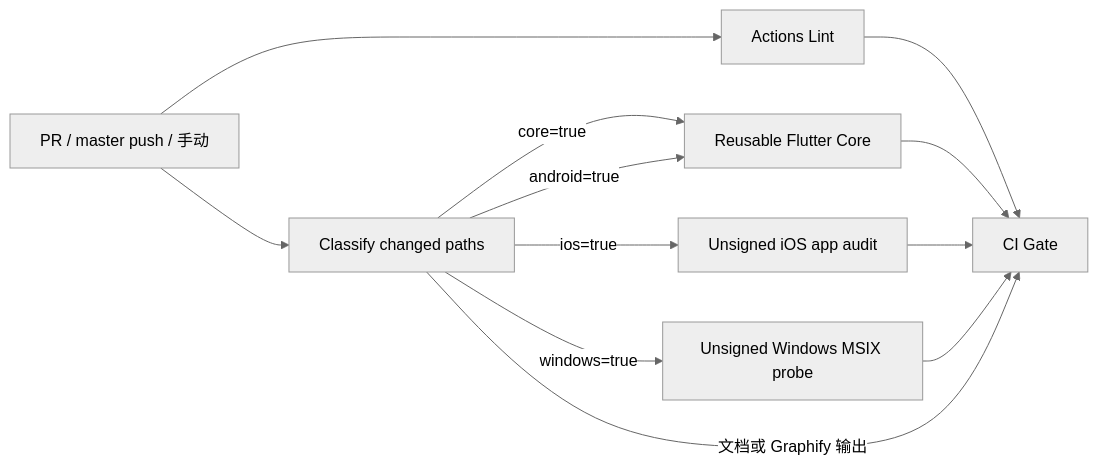
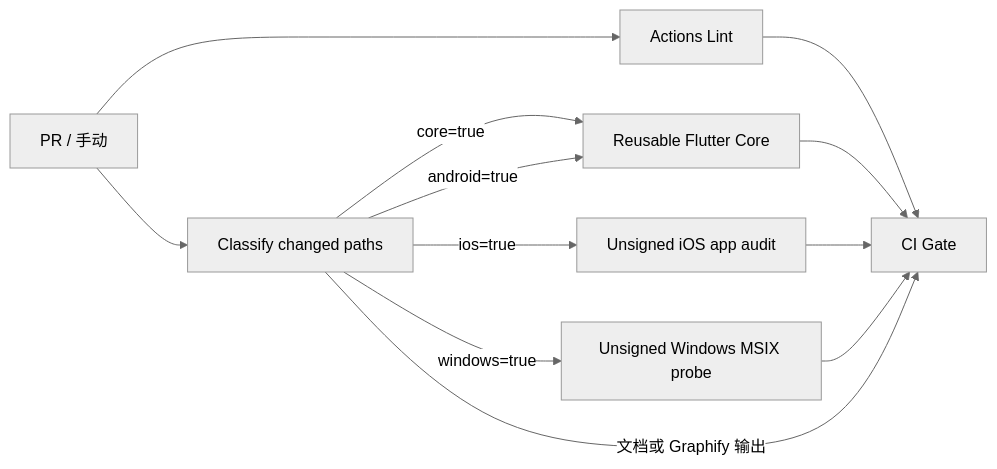
Before and after one commit to zhangheng2022/meet_trace: the diagram in spec/spec-process-cicd-flutter-ci.md, drawn with Mermaid (neutral theme). The commit also changed other lines of this file and 11 other files, not shown here.

````diff
--- a/spec/spec-process-cicd-flutter-ci.md
+++ b/spec/spec-process-cicd-flutter-ci.md
@@ -32,14 +32,14 @@
 ```mermaid
 flowchart LR
-  A["PR / master push / 手动"] --> L["Actions Lint"]
+  A["PR / 手动"] --> L["Actions Lint"]
   A --> B["Classify changed paths"]
   B -->|"core=true"| C["Reusable Flutter Core"]
   B -->|"android=true"| C
   B -->|"ios=true"| D["Unsigned iOS app audit"]
   B -->|"windows=true"| W["Unsigned Windows MSIX probe"]
   B -->|"文档或 Graphify 输出"| E["CI Gate"]
   L --> E
   C --> E
   D --> E
   W --> E
 ```
````
